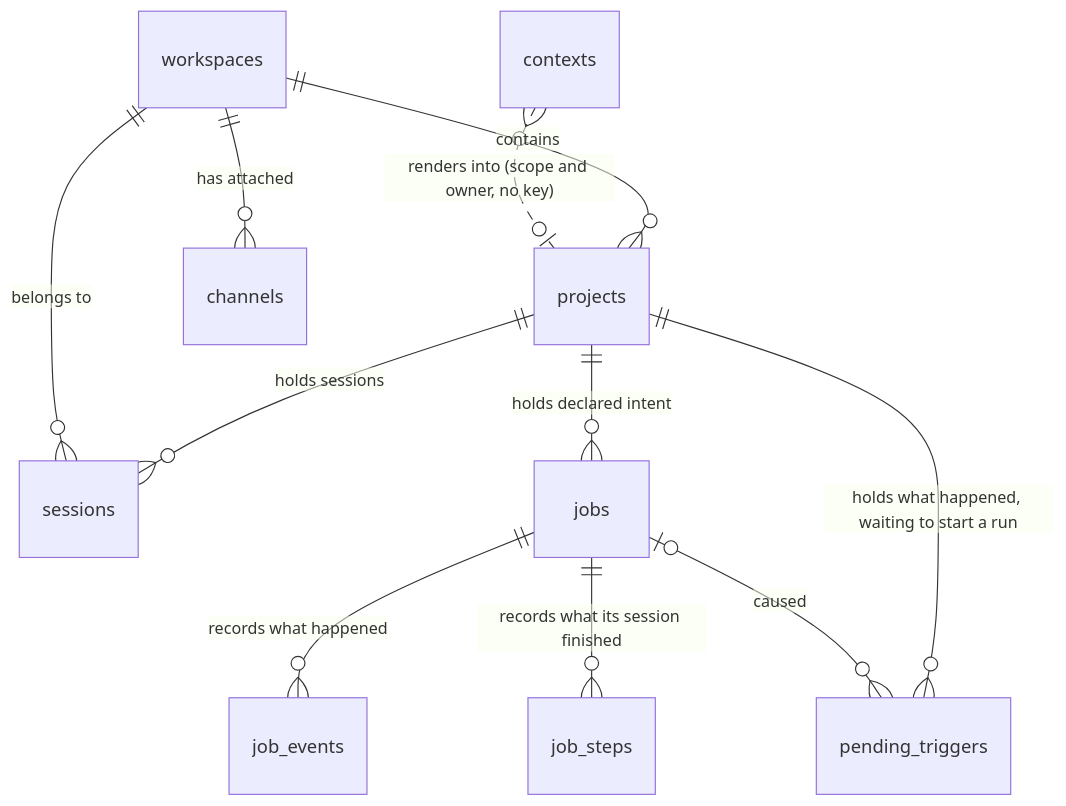
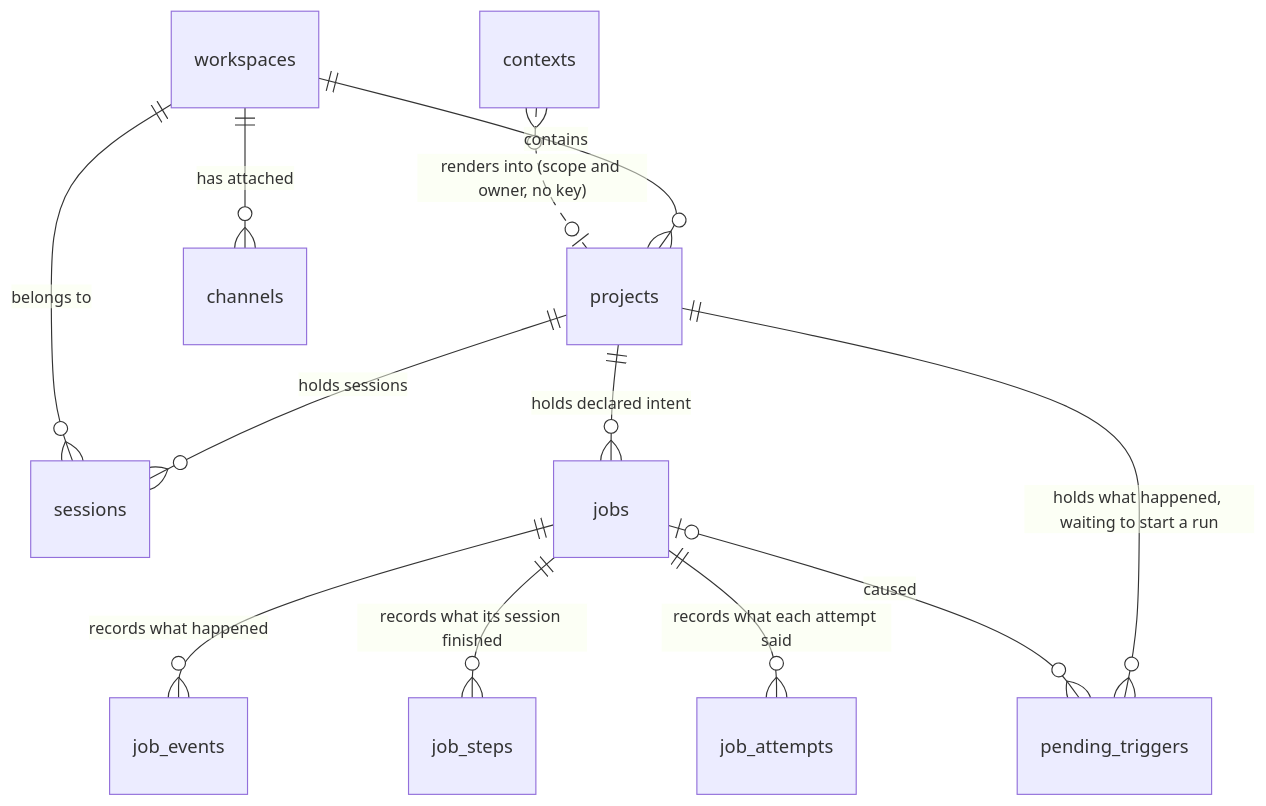
The third of 3 diagrams in docs/DATABASE.md (atlantic-blue/quay-crew), drawn with Mermaid before and after one commit. The commit also changed other lines of this file and 33 other files, not shown here.

````diff
--- a/docs/DATABASE.md
+++ b/docs/DATABASE.md
@@ -252,13 +262,14 @@
 ```mermaid
 erDiagram
     workspaces ||--o{ projects : contains
     workspaces ||--o{ channels : "has attached"
     projects   ||--o{ sessions : "holds sessions"
     sessions }o--|| workspaces : "belongs to"
     contexts   }o..o| projects : "renders into (scope and owner, no key)"
     projects   ||--o{ jobs : "holds declared intent"
     jobs       ||--o{ job_events : "records what happened"
     jobs       ||--o{ job_steps : "records what its session finished"
+    jobs       ||--o{ job_attempts : "records what each attempt said"
     projects   ||--o{ pending_triggers : "holds what happened, waiting to start a run"
     jobs      |o--o{ pending_triggers : "caused"
 ```
````
